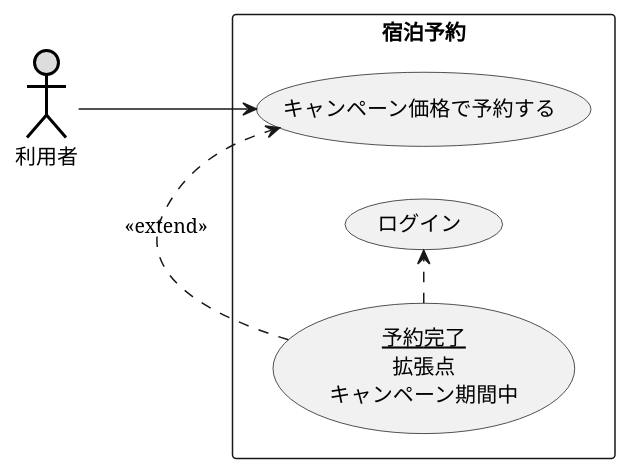
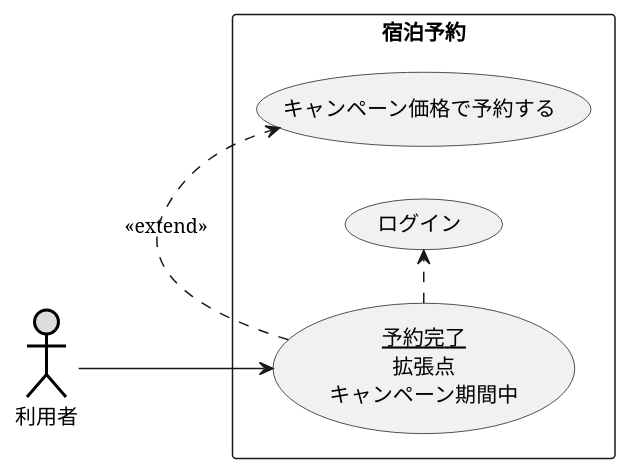
One commit to kamideteshuuto/uml-introduction changed the diagram in 演習2-4_キャンペーン中のホテル宿泊予約.pu. Above: the diagram before and after it, drawn with PlantUML.

Commit message:
変更2

```diff
--- a/演習2-4_キャンペーン中のホテル宿泊予約.pu
+++ b/演習2-4_キャンペーン中のホテル宿泊予約.pu
@@ -1,12 +1,12 @@
 @startuml ユースケース図
 left to right direction
 actor 利用者#DDDDDD;line:black;line.bold;
 rectangle 宿泊予約 {
 usecase キャンペーン価格で予約する
 usecase ログイン
 usecase (<u>予約完了</u>\n拡張点\nキャンペーン期間中) as input
 }
 input .> キャンペーン価格で予約する : <<extend>>
 input .> ログイン
-利用者-->キャンペーン価格で予約する
+利用者-->input
 @enduml
```
